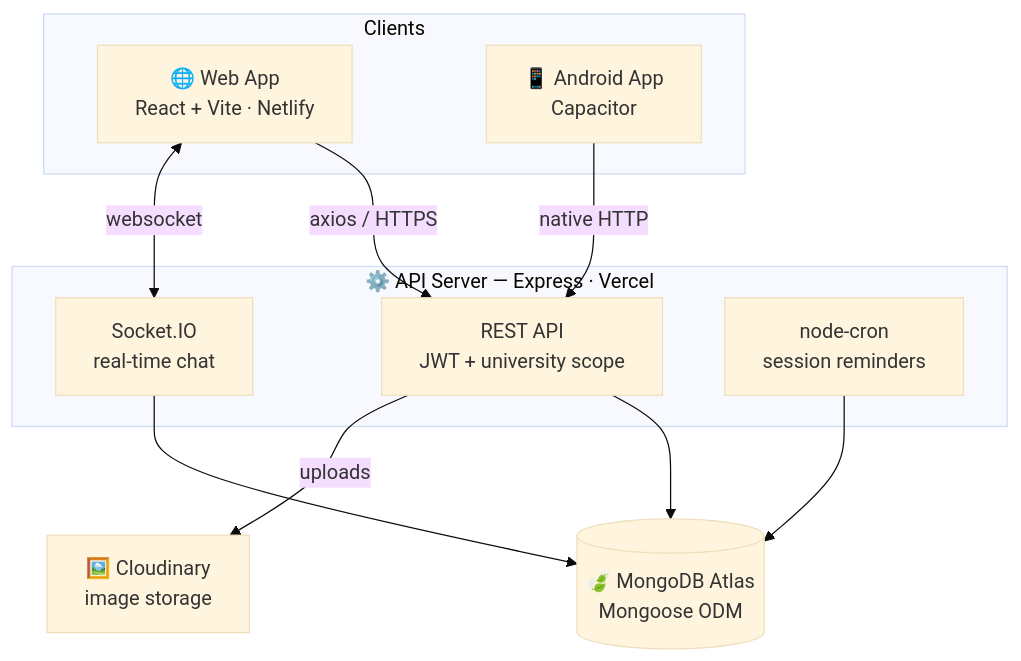
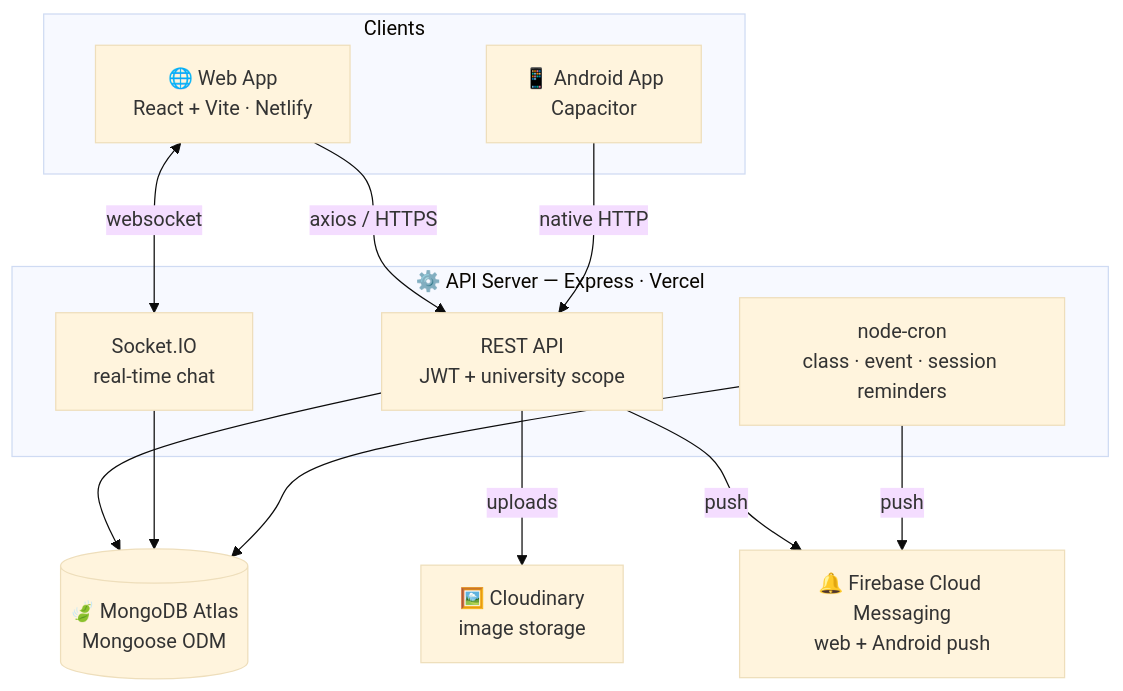
One commit to Priyansh-Mathur/Manit-Hub changed the first of 3 diagrams in README.md. Above: the diagram before and after it, drawn with Mermaid (base theme). The commit also changed other lines of this file and 8665 other files, not shown here.

````diff
--- a/README.md
+++ b/README.md
@@ -151,24 +172,27 @@
 ```mermaid
 graph TB
   subgraph Clients
     Web["🌐 Web App<br/>React + Vite · Netlify"]
     Android["📱 Android App<br/>Capacitor"]
   end
 
   subgraph Server["⚙️ API Server — Express · Vercel"]
     REST["REST API<br/>JWT + university scope"]
     WS["Socket.IO<br/>real-time chat"]
-    Cron["node-cron<br/>session reminders"]
+    Cron["node-cron<br/>class · event · session reminders"]
   end
 
   DB[("🍃 MongoDB Atlas<br/>Mongoose ODM")]
   Cloud["🖼️ Cloudinary<br/>image storage"]
+  FCM["🔔 Firebase Cloud Messaging<br/>web + Android push"]
 
   Web -->|axios / HTTPS| REST
   Android -->|native HTTP| REST
   Web <-->|websocket| WS
   REST --> DB
   WS --> DB
   Cron --> DB
   REST -->|uploads| Cloud
+  REST -->|push| FCM
+  Cron -->|push| FCM
 ```
````
